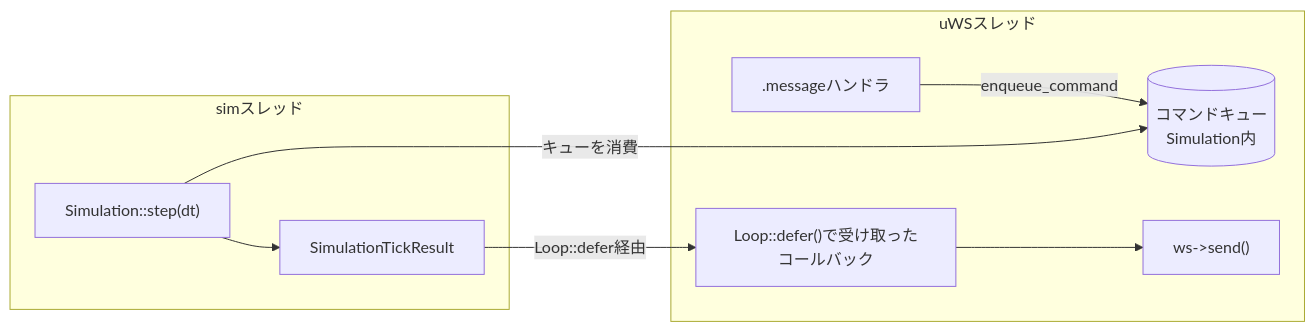
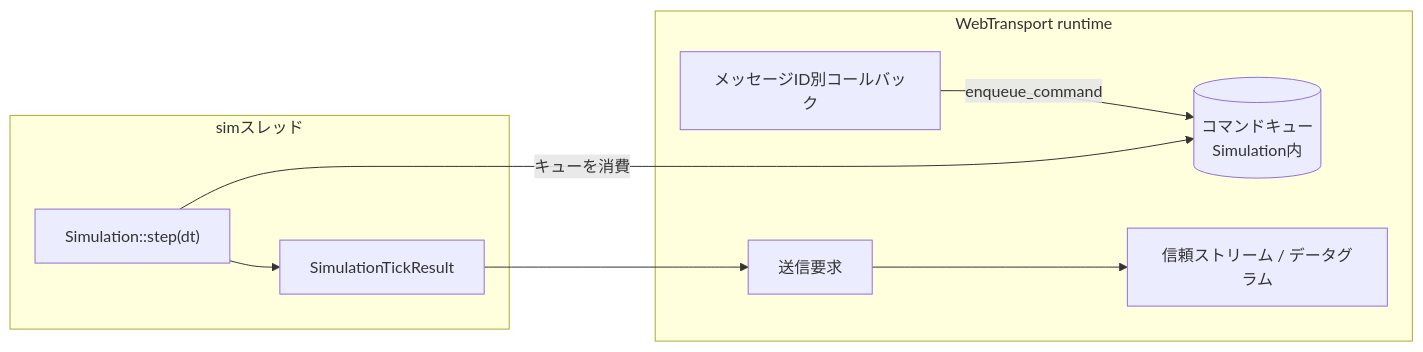
Before and after one commit to ham1a6/SimulationView: the sixth of 11 diagrams in sample/docs/DETAILED_DESIGN.md, drawn with Mermaid. The commit also changed other lines of this file and 25 other files, not shown here.

````diff
--- a/sample/docs/DETAILED_DESIGN.md
+++ b/sample/docs/DETAILED_DESIGN.md
@@ -346,12 +340,12 @@
 ```mermaid
 flowchart LR
-    subgraph uWSスレッド
-        A[".messageハンドラ"] -->|enqueue_command| B[(コマンドキュー\nSimulation内)]
-        F["Loop::defer()で受け取ったコールバック"] --> G["ws->send()"]
+    subgraph WebTransport runtime
+        A["メッセージID別コールバック"] -->|enqueue_command| B[(コマンドキュー\nSimulation内)]
+        F["送信要求"] --> G["信頼ストリーム / データグラム"]
     end
     subgraph simスレッド
         C["Simulation::step(dt)"] -->|キューを消費| B
         C --> D["SimulationTickResult"]
-        D -->|Loop::defer経由| F
+        D --> F
     end
 ```
````
